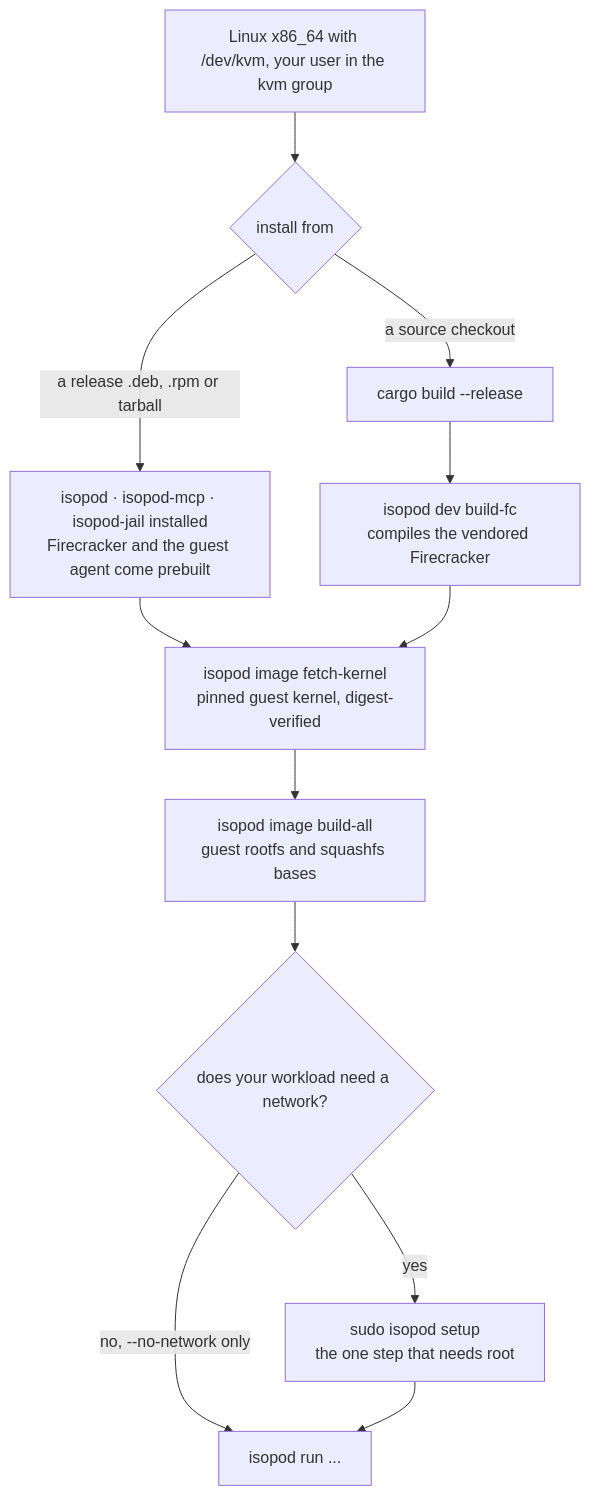
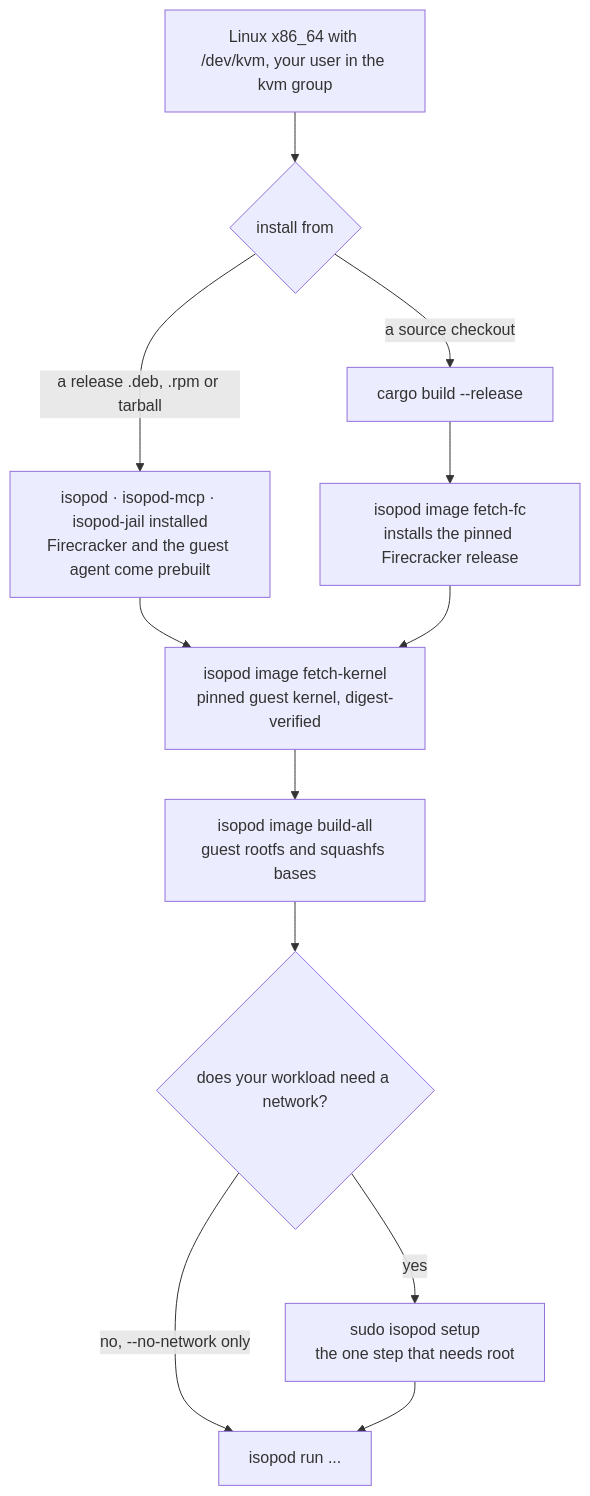
One commit to me1iissa/isopod changed the first of 5 diagrams in docs/getting-started.md. Above: the diagram before and after it, drawn with Mermaid. The commit also changed other lines of this file and 23 other files, not shown here.

First line of the commit message:
fix(security): run a seccomp-filtered Firecracker, harden what follows a VMM escape; release 0.21.0 (#32)

````diff
--- a/docs/getting-started.md
+++ b/docs/getting-started.md
@@ -15,14 +15,14 @@
 ```mermaid
 flowchart TB
     K["Linux x86_64 with /dev/kvm, your user in the kvm group"] --> HOW{"install from"}
     HOW -->|"a release .deb, .rpm or tarball"| PKG["isopod · isopod-mcp · isopod-jail installed<br/>Firecracker and the guest agent come prebuilt"]
     HOW -->|"a source checkout"| SRC["cargo build --release"]
-    SRC --> BFC["isopod dev build-fc<br/>compiles the vendored Firecracker"]
+    SRC --> BFC["isopod image fetch-fc<br/>installs the pinned Firecracker release"]
     PKG --> FK
     BFC --> FK["isopod image fetch-kernel<br/>pinned guest kernel, digest-verified"]
     FK --> BA["isopod image build-all<br/>guest rootfs and squashfs bases"]
     BA --> NEED{"does your workload need a network?"}
     NEED -->|"yes"| SETUP["sudo isopod setup<br/>the one step that needs root"]
     NEED -->|"no, --no-network only"| RUN
     SETUP --> RUN["isopod run ..."]
 ```
````
